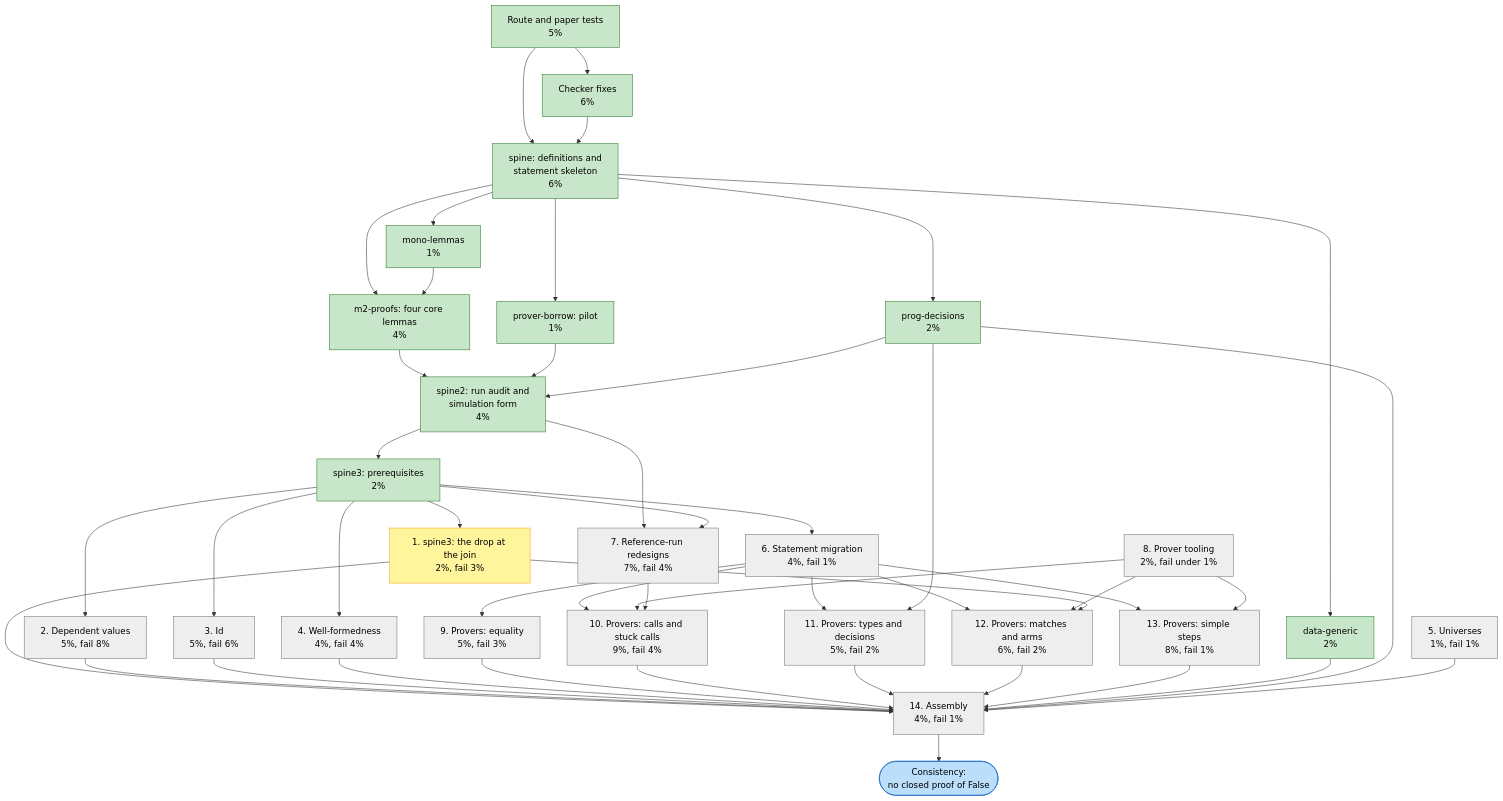
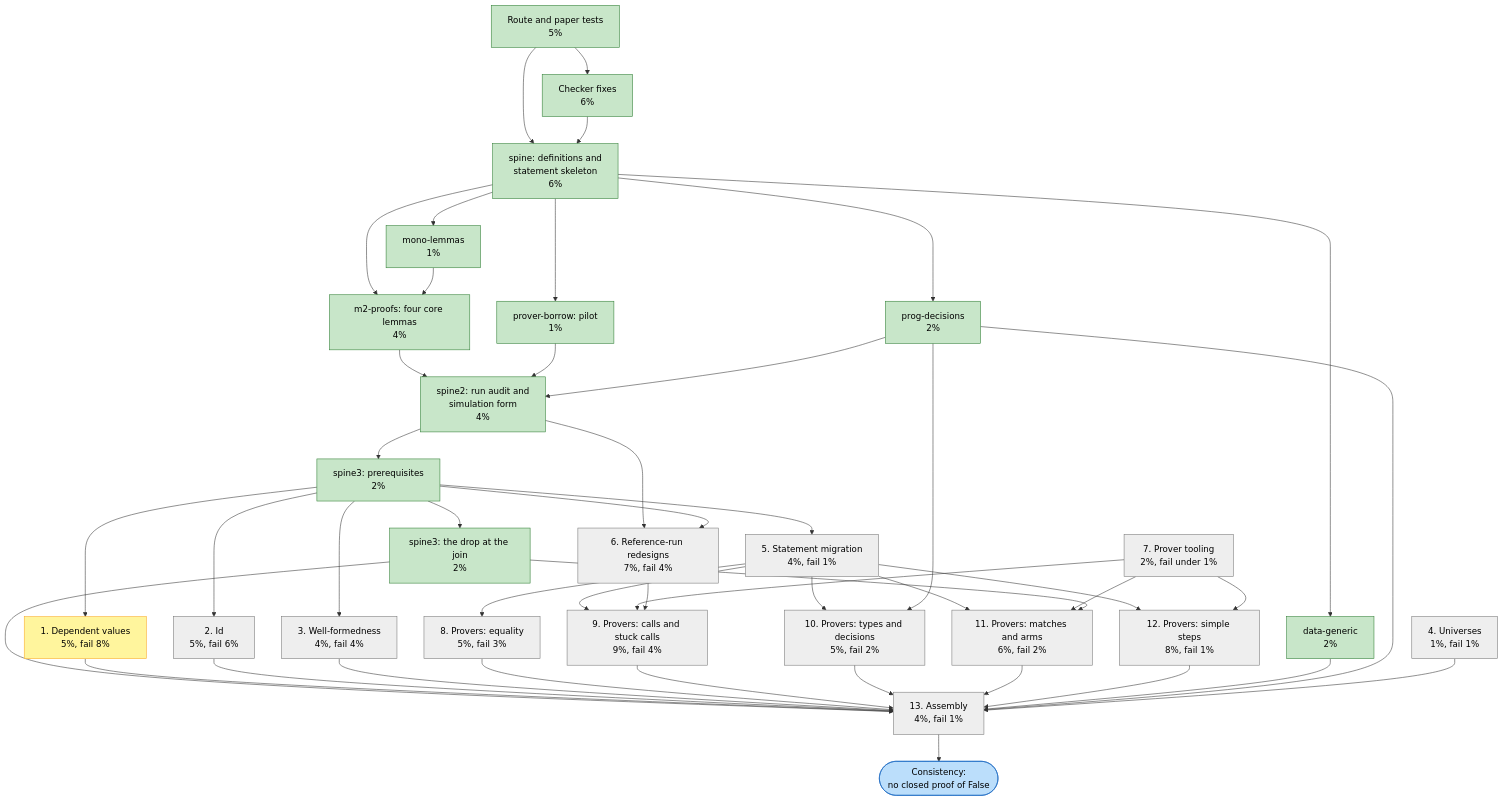
One commit to charlielidbury/ochre changed the diagram in ochr/docs/32-consistency-work-units.md. Above: the diagram before and after it, drawn with Mermaid. The commit also changed other lines of this file, not shown here.

First line of the commit message:
ochr/docs/32: the drop at the join is done; dependent values is next

```diff
--- a/ochr/docs/32-consistency-work-units.md
+++ b/ochr/docs/32-consistency-work-units.md
@@ -77,22 +77,22 @@
 
     spine3a["spine3: prerequisites<br/>2%"]:::done
 
-    joinDrop["1. spine3: the drop at the join<br/>2%, fail 3%"]:::running
-    dep["2. Dependent values<br/>5%, fail 8%"]:::todo
-    idn["3. Id<br/>5%, fail 6%"]:::todo
-    wf["4. Well-formedness<br/>4%, fail 4%"]:::todo
-    universes["5. Universes<br/>1%, fail 1%"]:::todo
-    migrate["6. Statement migration<br/>4%, fail 1%"]:::todo
-    redesign["7. Reference-run redesigns<br/>7%, fail 4%"]:::todo
-    tooling["8. Prover tooling<br/>2%, fail under 1%"]:::todo
+    joinDrop["spine3: the drop at the join<br/>2%"]:::done
+    dep["1. Dependent values<br/>5%, fail 8%"]:::running
+    idn["2. Id<br/>5%, fail 6%"]:::todo
+    wf["3. Well-formedness<br/>4%, fail 4%"]:::todo
+    universes["4. Universes<br/>1%, fail 1%"]:::todo
+    migrate["5. Statement migration<br/>4%, fail 1%"]:::todo
+    redesign["6. Reference-run redesigns<br/>7%, fail 4%"]:::todo
+    tooling["7. Prover tooling<br/>2%, fail under 1%"]:::todo
 
-    pEq["9. Provers: equality<br/>5%, fail 3%"]:::todo
-    pCalls["10. Provers: calls and stuck calls<br/>9%, fail 4%"]:::todo
-    pTypes["11. Provers: types and decisions<br/>5%, fail 2%"]:::todo
-    pMatch["12. Provers: matches and arms<br/>6%, fail 2%"]:::todo
-    pSimple["13. Provers: simple steps<br/>8%, fail 1%"]:::todo
+    pEq["8. Provers: equality<br/>5%, fail 3%"]:::todo
+    pCalls["9. Provers: calls and stuck calls<br/>9%, fail 4%"]:::todo
+    pTypes["10. Provers: types and decisions<br/>5%, fail 2%"]:::todo
+    pMatch["11. Provers: matches and arms<br/>6%, fail 2%"]:::todo
+    pSimple["12. Provers: simple steps<br/>8%, fail 1%"]:::todo
 
-    assembly["14. Assembly<br/>4%, fail 1%"]:::todo
+    assembly["13. Assembly<br/>4%, fail 1%"]:::todo
     goal(["Consistency:<br/>no closed proof of False"]):::goal
 
     tests --> fixes
```
